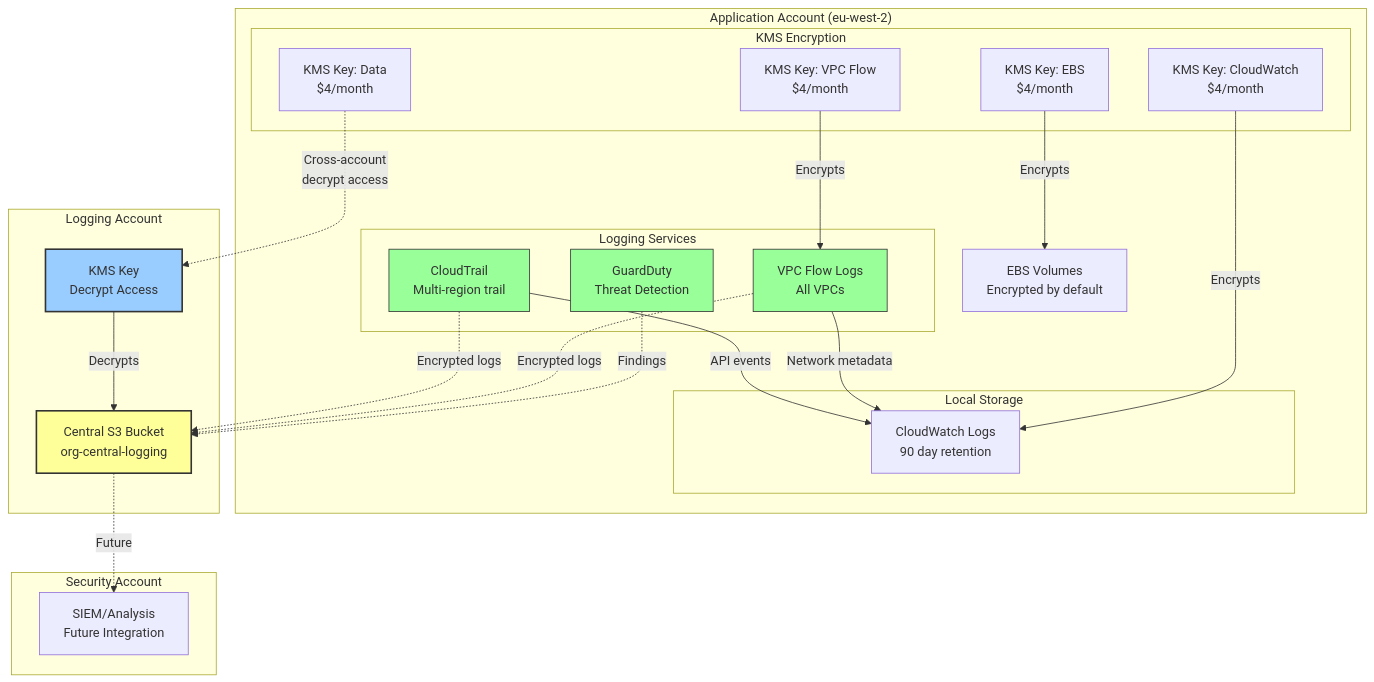
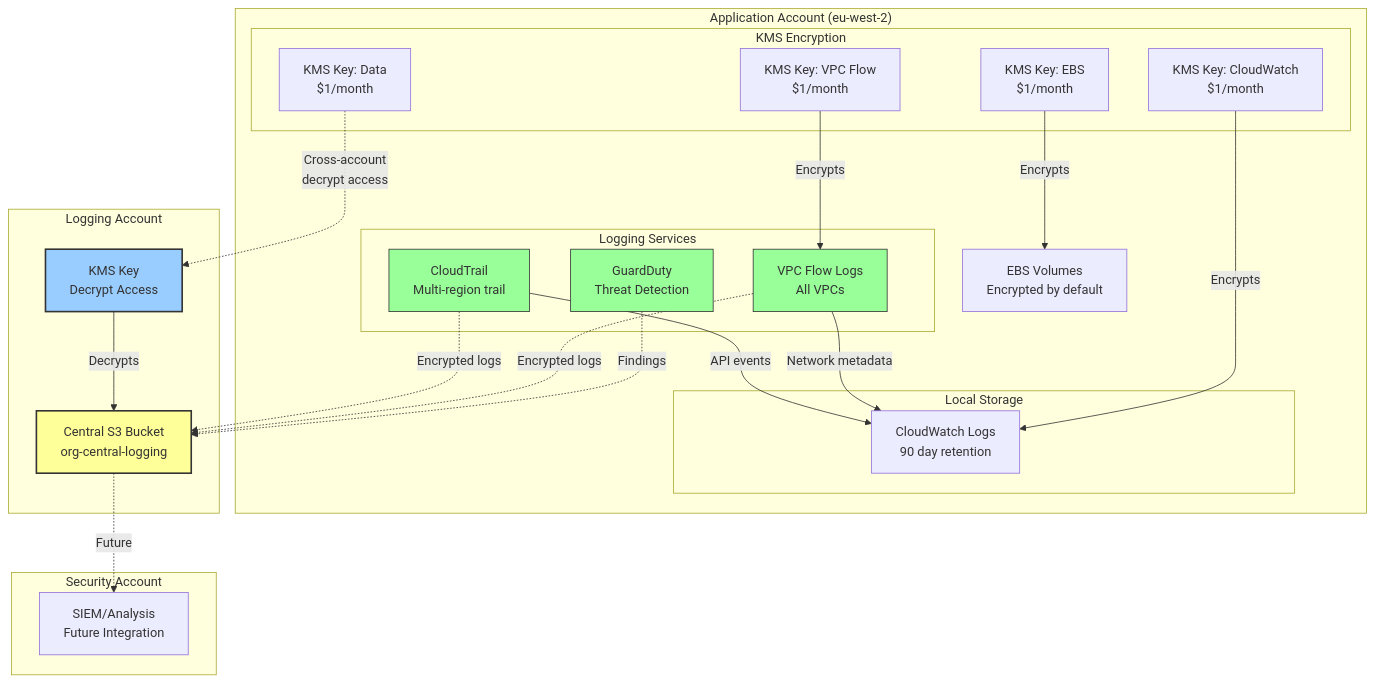
The first of 4 diagrams in diagrams/architecture.md (Finlay-Wright/aws-secure-landing-zone), drawn with Mermaid before and after one commit. The commit also changed 20 other files, not shown here.

````diff
--- a/diagrams/architecture.md
+++ b/diagrams/architecture.md
@@ -5,54 +5,54 @@
 ```mermaid
 graph TB
     subgraph "Application Account (eu-west-2)"
         subgraph "Logging Services"
             CT[CloudTrail<br/>Multi-region trail]
             VPC[VPC Flow Logs<br/>All VPCs]
             GD[GuardDuty<br/>Threat Detection]
         end
         
         subgraph "KMS Encryption"
-            KMS_EBS[KMS Key: EBS<br/>$4/month]
-            KMS_CW[KMS Key: CloudWatch<br/>$4/month]
-            KMS_VPC[KMS Key: VPC Flow<br/>$4/month]
-            KMS_DATA[KMS Key: Data<br/>$4/month]
+            KMS_EBS[KMS Key: EBS<br/>$1/month]
+            KMS_CW[KMS Key: CloudWatch<br/>$1/month]
+            KMS_VPC[KMS Key: VPC Flow<br/>$1/month]
+            KMS_DATA[KMS Key: Data<br/>$1/month]
         end
         
         subgraph "Local Storage"
             CW[CloudWatch Logs<br/>90 day retention]
         end
         
         EBS[EBS Volumes<br/>Encrypted by default]
     end
     
     subgraph "Logging Account"
         S3[Central S3 Bucket<br/>org-central-logging]
         S3_KMS[KMS Key<br/>Decrypt Access]
     end
     
     subgraph "Security Account"
         SIEM[SIEM/Analysis<br/>Future Integration]
     end
     
     CT -->|API events| CW
     VPC -->|Network metadata| CW
     
     KMS_CW -->|Encrypts| CW
     KMS_VPC -->|Encrypts| VPC
     KMS_EBS -->|Encrypts| EBS
     
     CT -.->|Encrypted logs| S3
     VPC -.->|Encrypted logs| S3
     GD -.->|Findings| S3
     
     KMS_DATA -.->|Cross-account<br/>decrypt access| S3_KMS
     S3_KMS -->|Decrypts| S3
     
     S3 -.->|Future| SIEM
     
     style S3 fill:#ff9,stroke:#333,stroke-width:2px
     style S3_KMS fill:#9cf,stroke:#333,stroke-width:2px
     style CT fill:#9f9,stroke:#333
     style VPC fill:#9f9,stroke:#333
     style GD fill:#9f9,stroke:#333
 ```
````
